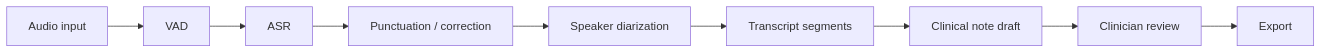
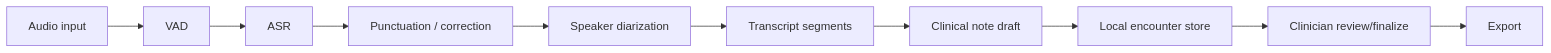
The diagram in docs/ARCHITECTURE.md (37llll/local-clinical-scribe), drawn with Mermaid before and after one commit. The commit also changed other lines of this file and 19 other files, not shown here.

Commit message:
Add encounter review and export workflow

````diff
--- a/docs/ARCHITECTURE.md
+++ b/docs/ARCHITECTURE.md
@@ -5,11 +5,12 @@
 ```mermaid
 flowchart LR
     A["Audio input"] --> B["VAD"]
     B --> C["ASR"]
     C --> D["Punctuation / correction"]
     D --> E["Speaker diarization"]
     E --> F["Transcript segments"]
     F --> G["Clinical note draft"]
-    G --> H["Clinician review"]
-    H --> I["Export"]
+    G --> H["Local encounter store"]
+    H --> I["Clinician review/finalize"]
+    I --> J["Export"]
 ```
````
